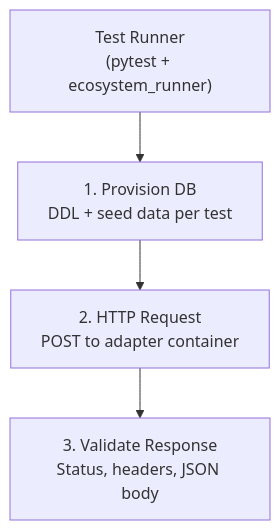
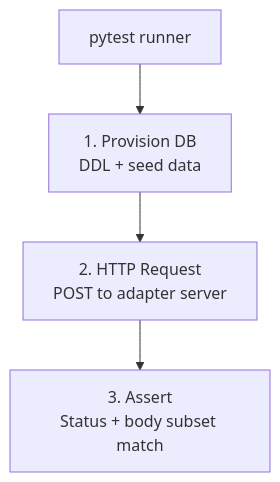
One commit to JSONQL-Standard/jsonql-docs changed the diagram in src/content/docs/spec/compliance.md. Above: the diagram before and after it, drawn with Mermaid. The commit also changed other lines of this file and 3 other files, not shown here.

````diff
--- a/src/content/docs/spec/compliance.md
+++ b/src/content/docs/spec/compliance.md
@@ -69,11 +84,11 @@
 ```mermaid
 graph TD
-    Runner["Test Runner<br/>(pytest + ecosystem_runner)"]
-    Provision["1. Provision DB<br/>DDL + seed data per test"]
-    Request["2. HTTP Request<br/>POST to adapter container"]
-    Validate["3. Validate Response<br/>Status, headers, JSON body"]
+    Runner["pytest runner"]
+    Provision["1. Provision DB<br/>DDL + seed data"]
+    Request["2. HTTP Request<br/>POST to adapter server"]
+    Assert["3. Assert<br/>Status + body subset match"]
 
     Runner --> Provision
     Provision --> Request
-    Request --> Validate
+    Request --> Assert
 ```
````
